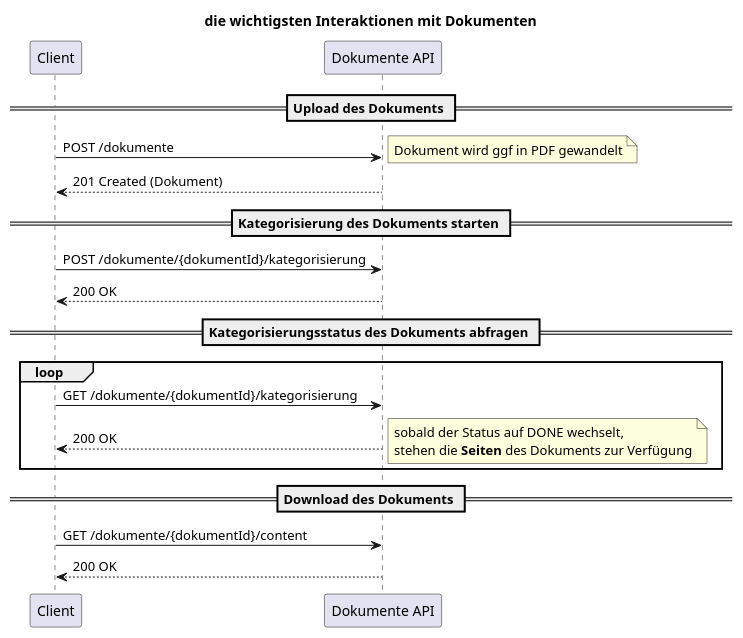
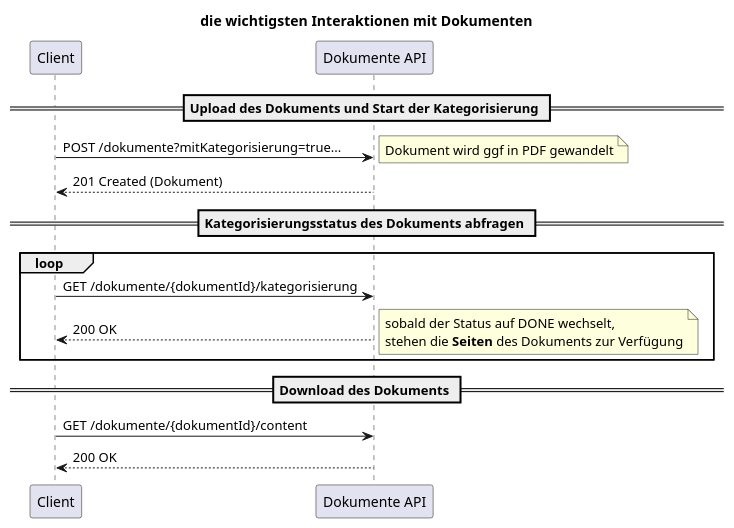
The diagram in docs/Dokument.puml (europace/unterlagen-api), drawn with PlantUML before and after one commit.

Commit message:
DUCK-2154 update documentation for upload with categorization

```diff
--- a/docs/Dokument.puml
+++ b/docs/Dokument.puml
@@ -1,30 +1,26 @@
 @startuml
 title die wichtigsten Interaktionen mit Dokumenten
 
 participant Client as c
 participant "Dokumente API" as api
 
-== Upload des Dokuments ==
-c -> api: POST /dokumente
+== Upload des Dokuments und Start der Kategorisierung ==
+c -> api: POST /dokumente?mitKategorisierung=true...
 note right: Dokument wird ggf in PDF gewandelt
 api --> c: 201 Created (Dokument)
-
-== Kategorisierung des Dokuments starten ==
-c -> api: POST /dokumente/{dokumentId}/kategorisierung
-api --> c: 200 OK
 
 == Kategorisierungsstatus des Dokuments abfragen ==
 loop
 c -> api: GET /dokumente/{dokumentId}/kategorisierung
 api --> c: 200 OK
 note right
    sobald der Status auf DONE wechselt,
    stehen die **Seiten** des Dokuments zur Verfügung
 end note
 end
 
 == Download des Dokuments ==
 c -> api: GET /dokumente/{dokumentId}/content
 api --> c: 200 OK
 
 @enduml
```
